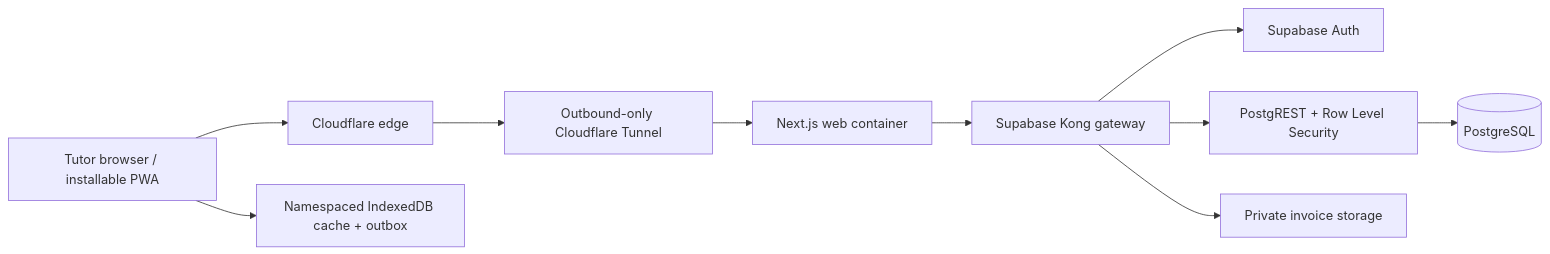
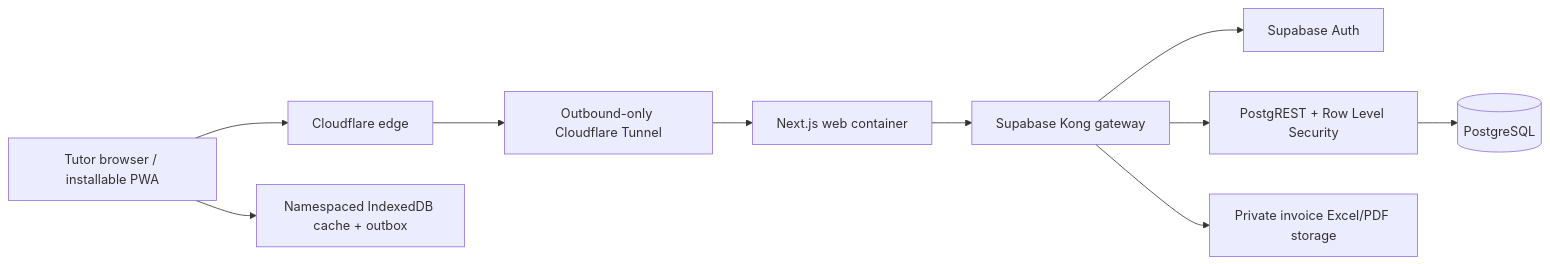
One commit to dantheman24mac/teachnotes changed the diagram in README.md. Above: the diagram before and after it, drawn with Mermaid. The commit also changed other lines of this file and 24 other files, not shown here.

Commit message:
Add Excel-first invoice artifacts

````diff
--- a/README.md
+++ b/README.md
@@ -75,12 +75,12 @@
 ```mermaid
 flowchart LR
   browser["Tutor browser / installable PWA"] --> edge["Cloudflare edge"]
   edge --> tunnel["Outbound-only Cloudflare Tunnel"]
   tunnel --> web["Next.js web container"]
   web --> kong["Supabase Kong gateway"]
   kong --> auth["Supabase Auth"]
   kong --> rest["PostgREST + Row Level Security"]
-  kong --> storage["Private invoice storage"]
+  kong --> storage["Private invoice Excel/PDF storage"]
   rest --> postgres[(PostgreSQL)]
   browser --> cache["Namespaced IndexedDB cache + outbox"]
 ```
````
